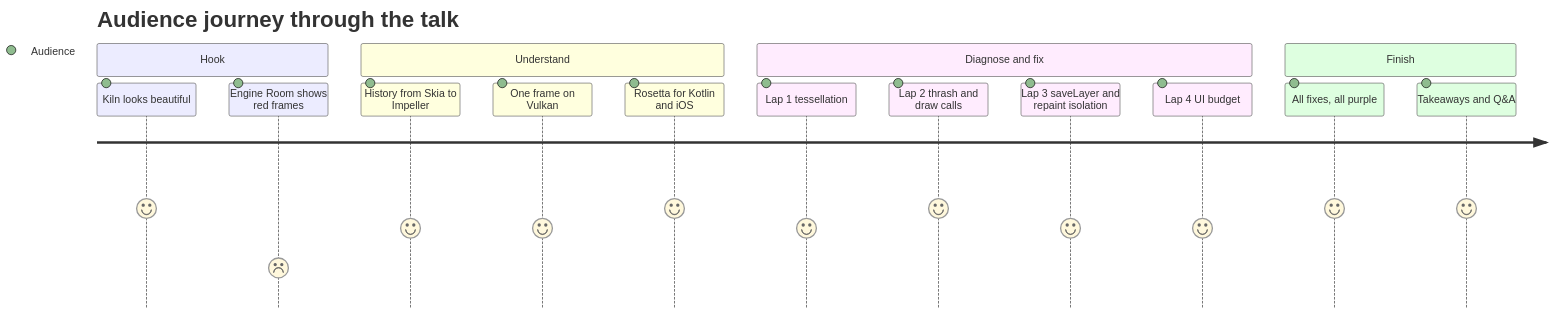
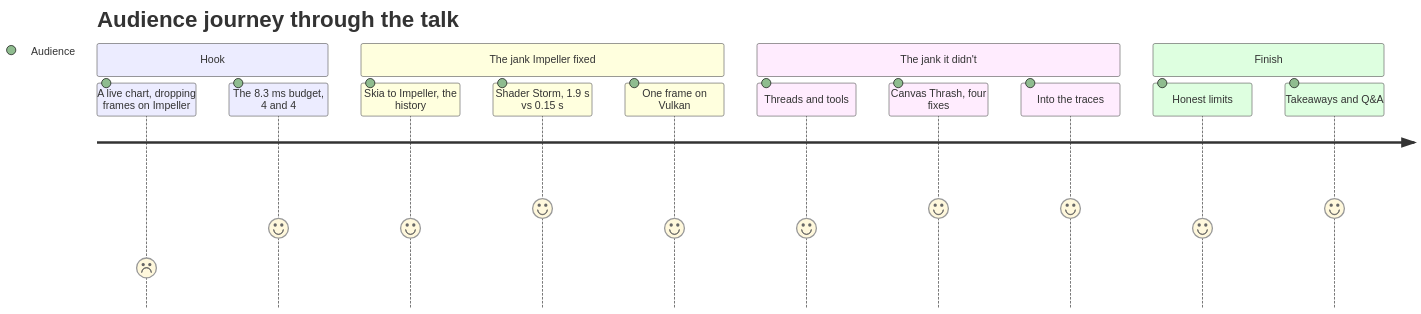
One commit to cm-collins/fluttercon-demo-app changed the first of 2 diagrams in docs/talk/talk-outline.md. Above: the diagram before and after it, drawn with Mermaid. The commit also changed other lines of this file and 8 other files, not shown here.

First line of the commit message:
📝 docs(talk): fill the talk with Canvas Thrash measurements

````diff
--- a/docs/talk/talk-outline.md
+++ b/docs/talk/talk-outline.md
@@ -27,19 +27,18 @@
 ```mermaid
 journey
     title Audience journey through the talk
     section Hook
-      Kiln looks beautiful: 5: Audience
-      Engine Room shows red frames: 2: Audience
-    section Understand
-      History from Skia to Impeller: 4: Audience
+      A live chart, dropping frames on Impeller: 2: Audience
+      The 8.3 ms budget, 4 and 4: 4: Audience
+    section The jank Impeller fixed
+      Skia to Impeller, the history: 4: Audience
+      Shader Storm, 1.9 s vs 0.15 s: 5: Audience
       One frame on Vulkan: 4: Audience
-      Rosetta for Kotlin and iOS: 5: Audience
-    section Diagnose and fix
-      Lap 1 tessellation: 4: Audience
-      Lap 2 thrash and draw calls: 5: Audience
-      Lap 3 saveLayer and repaint isolation: 4: Audience
-      Lap 4 UI budget: 4: Audience
+    section The jank it didn't
+      Threads and tools: 4: Audience
+      Canvas Thrash, four fixes: 5: Audience
+      Into the traces: 5: Audience
     section Finish
-      All fixes, all purple: 5: Audience
+      Honest limits: 4: Audience
       Takeaways and Q&A: 5: Audience
 ```
````
